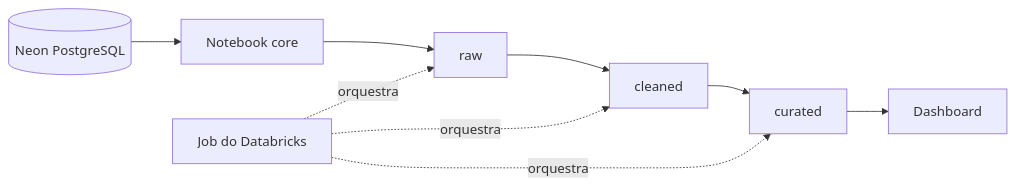
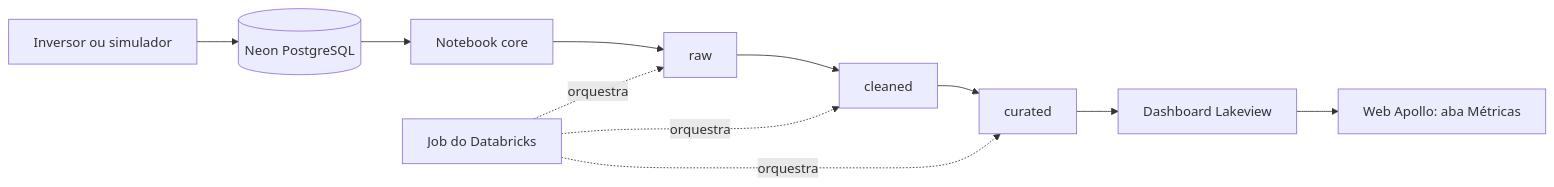
Before and after one commit to ApolloOficial/Apollo-BI: the diagram in README.md, drawn with Mermaid. The commit also changed other lines of this file, not shown here.

First line of the commit message:
Revise README with updated Apollo BI details

````diff
--- a/README.md
+++ b/README.md
@@ -46,11 +83,13 @@
 ```mermaid
 flowchart LR
-    N[(Neon PostgreSQL)] --> C[Notebook core]
+    I[Inversor ou simulador] --> N[(Neon PostgreSQL)]
+    N --> C[Notebook core]
     C --> R[raw]
     R --> CL[cleaned]
     CL --> CU[curated]
-    CU --> D[Dashboard]
+    CU --> D[Dashboard Lakeview]
+    D --> W[Web Apollo: aba Métricas]
     J[Job do Databricks] -. orquestra .-> R
     J -. orquestra .-> CL
     J -. orquestra .-> CU
 ```
````
